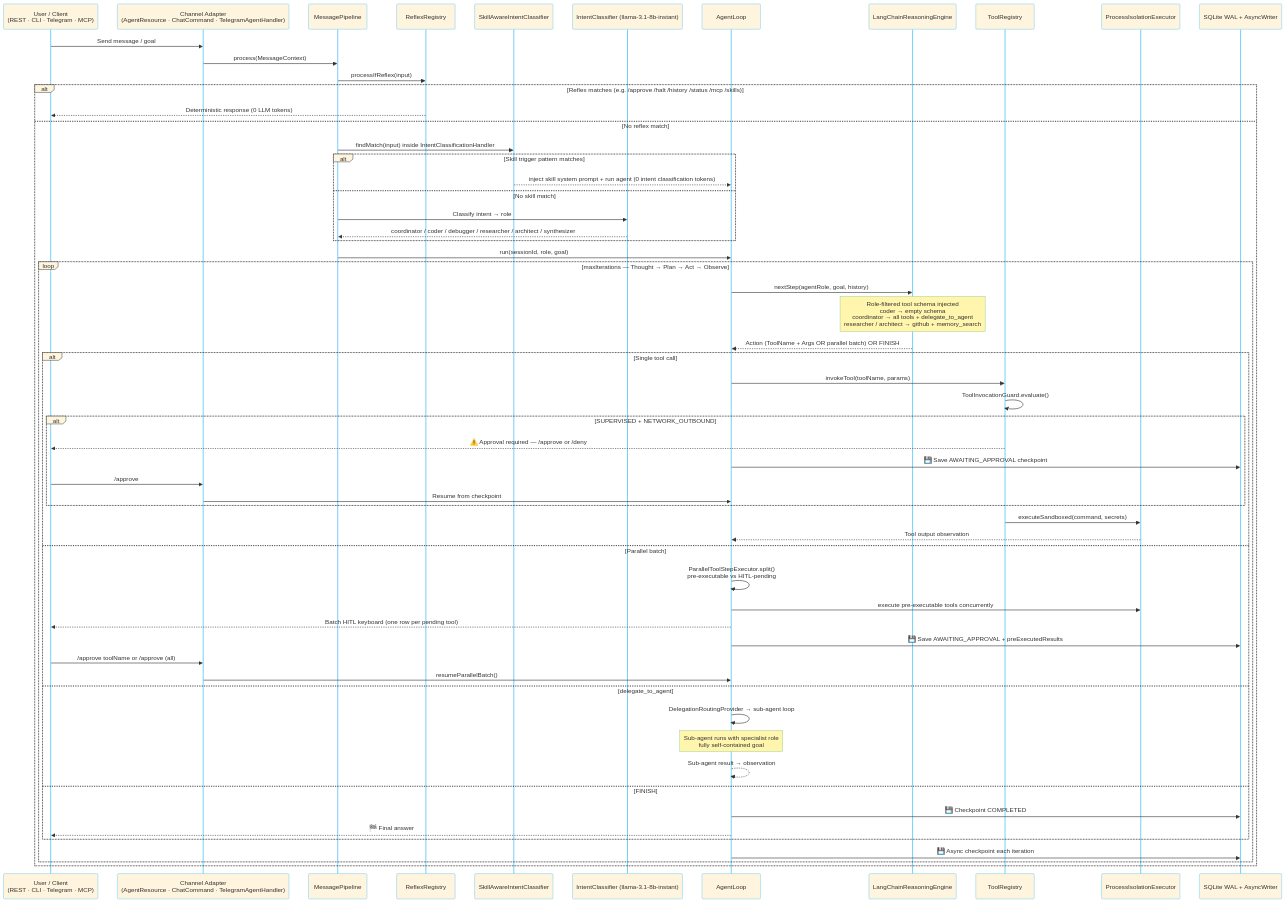
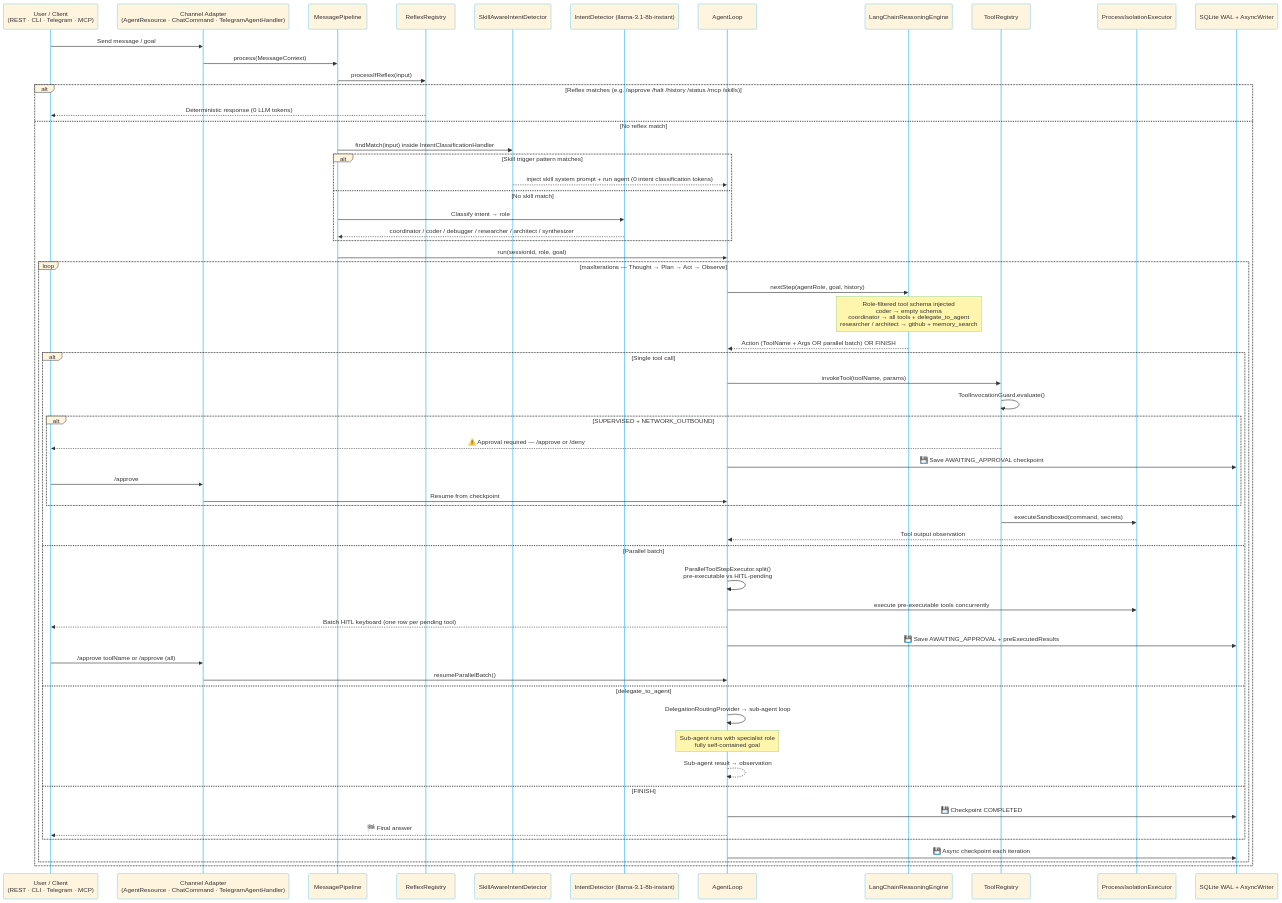
One commit to rsrini7/AmshaAgent changed the third of 8 diagrams in README.md. Above: the diagram before and after it, drawn with Mermaid. The commit also changed other lines of this file and 48 other files, not shown here.

First line of the commit message:
refactor(routing): rename IntentClassifier to IntentDetector for clarity

````diff
--- a/README.md
+++ b/README.md
@@ -283,69 +283,69 @@
 ```mermaid
 %%{init: {'theme': 'base', 'themeVariables': {'primaryBorderColor': '#4fc3f7', 'lineColor': '#4fc3f7', 'activationBorderColor': '#4fc3f7', 'actorBorder': '#4fc3f7', 'actorLineColor': '#4fc3f7','labelBoxBorderColor': '#0b0c0cff', 'noteBorderColor': '#81c784', 'fontSize': '13px'}}}%%
 sequenceDiagram
     participant U as User / Client<br/>(REST · CLI · Telegram · MCP)
     participant CH as Channel Adapter<br/>(AgentResource · ChatCommand · TelegramAgentHandler)
     participant PP as MessagePipeline
     participant RR as ReflexRegistry
-    participant SK as SkillAwareIntentClassifier
-    participant IC as IntentClassifier (llama-3.1-8b-instant)
+    participant SK as SkillAwareIntentDetector
+    participant IC as IntentDetector (llama-3.1-8b-instant)
     participant AL as AgentLoop
     participant LLM as LangChainReasoningEngine
     participant TR as ToolRegistry
     participant PIE as ProcessIsolationExecutor
     participant DB as SQLite WAL + AsyncWriter
 
     U->>CH: Send message / goal
     CH->>PP: process(MessageContext)
 
     PP->>RR: processIfReflex(input)
     alt Reflex matches (e.g. /approve /halt /history /status /mcp /skills)
         RR-->>U: Deterministic response (0 LLM tokens)
     else No reflex match
         PP->>SK: findMatch(input) inside IntentClassificationHandler
         alt Skill trigger pattern matches
             SK-->>AL: inject skill system prompt + run agent (0 intent classification tokens)
         else No skill match
             PP->>IC: Classify intent → role
             IC-->>PP: coordinator / coder / debugger / researcher / architect / synthesizer
         end
         PP->>AL: run(sessionId, role, goal)
 
         loop maxIterations — Thought → Plan → Act → Observe
             AL->>LLM: nextStep(agentRole, goal, history)
             Note over LLM: Role-filtered tool schema injected<br/>coder → empty schema<br/>coordinator → all tools + delegate_to_agent<br/>researcher / architect → github + memory_search
             LLM-->>AL: Action (ToolName + Args OR parallel batch) OR FINISH
 
             alt Single tool call
                 AL->>TR: invokeTool(toolName, params)
                 TR->>TR: ToolInvocationGuard.evaluate()
 
                 alt SUPERVISED + NETWORK_OUTBOUND
                     TR-->>U: ⚠️ Approval required — /approve or /deny
                     AL->>DB: 💾 Save AWAITING_APPROVAL checkpoint
                     U->>CH: /approve
                     CH->>AL: Resume from checkpoint
                 end
 
                 TR->>PIE: executeSandboxed(command, secrets)
                 PIE-->>AL: Tool output observation
             else Parallel batch
                 AL->>AL: ParallelToolStepExecutor.split()<br/>pre-executable vs HITL-pending
                 AL->>PIE: execute pre-executable tools concurrently
                 AL-->>U: Batch HITL keyboard (one row per pending tool)
                 AL->>DB: 💾 Save AWAITING_APPROVAL + preExecutedResults
                 U->>CH: /approve toolName or /approve (all)
                 CH->>AL: resumeParallelBatch()
             else delegate_to_agent
                 AL->>AL: DelegationRoutingProvider → sub-agent loop
                 Note over AL: Sub-agent runs with specialist role<br/>fully self-contained goal
                 AL-->>AL: Sub-agent result → observation
             else FINISH
                 AL->>DB: 💾 Checkpoint COMPLETED
                 AL-->>U: 🏁 Final answer
             end
 
             AL->>DB: 💾 Async checkpoint each iteration
         end
     end
 ```
````
